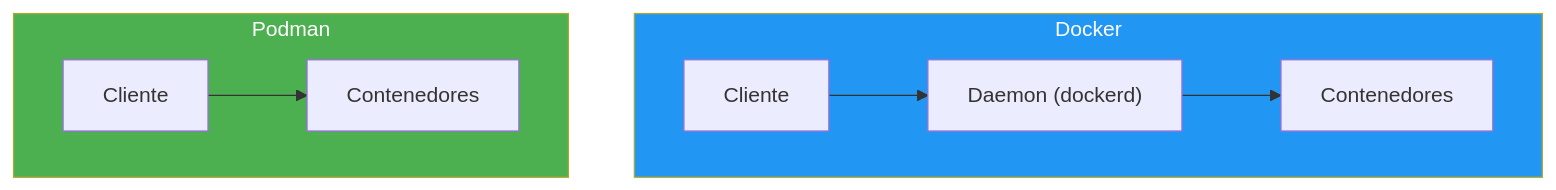
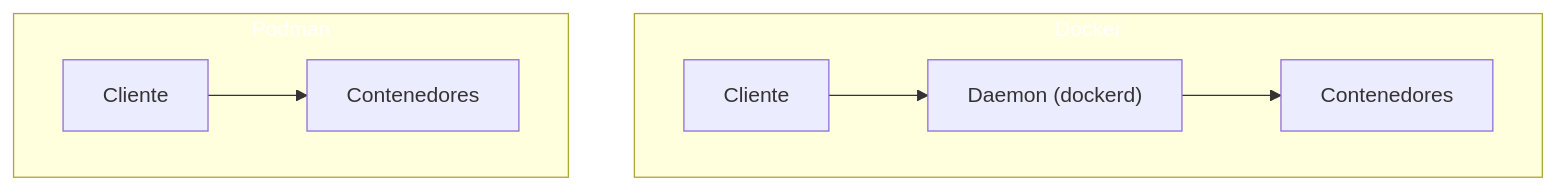
One commit to joseluisgs/DesarrolloWebEntornosServidor-02-2026-2027 changed the second of 2 diagrams in 10-pruebas-despliegue.md. Above: the diagram before and after it, drawn with Mermaid. The commit also changed other lines of this file and 41 other files, not shown here.

````diff
--- a/10-pruebas-despliegue.md
+++ b/10-pruebas-despliegue.md
@@ -366,14 +366,14 @@
 ```mermaid
 flowchart TD
     subgraph DOCKER["Docker"]
         D1["Cliente"] --> D2["Daemon (dockerd)"]
         D2 --> D3["Contenedores"]
     end
 
     subgraph PODMAN["Podman"]
         P1["Cliente"] --> P3["Contenedores"]
     end
 
-    style DOCKER fill:#2196F3,color:#fff
-    style PODMAN fill:#4CAF50,color:#fff
+    style DOCKER fill:#2196F,color:#fff3,color:#fff
+    style PODMAN fill:#4CAF5,color:#fff0,color:#fff
 ```
````
